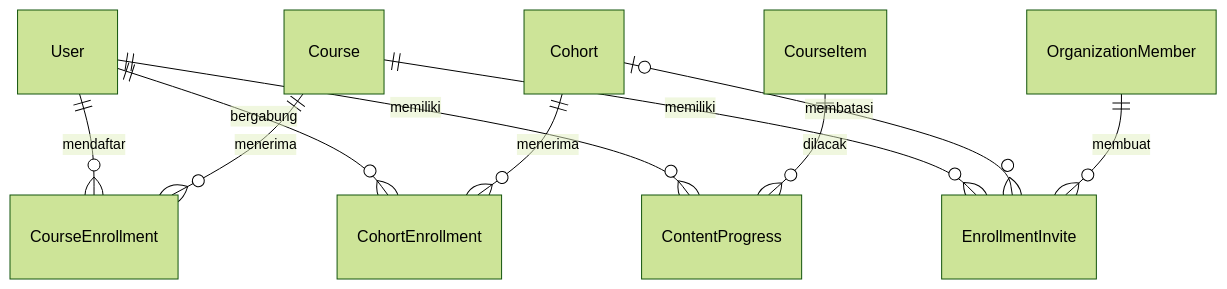
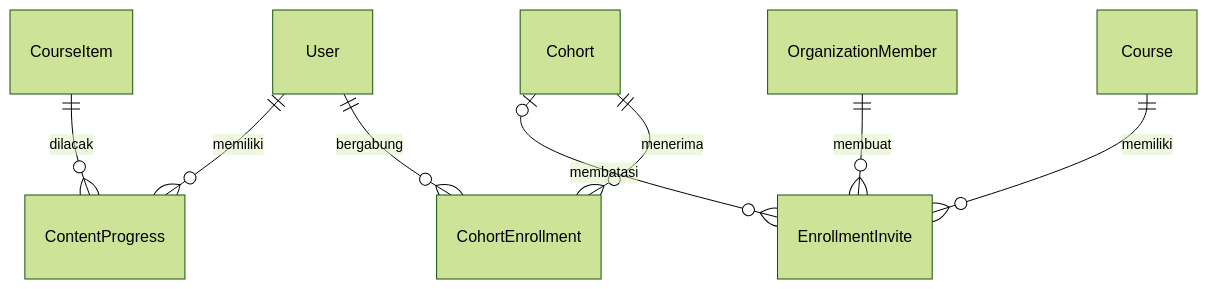
The seventh of 8 diagrams in docs/database.md (PintaAI/hakgyo-v2), drawn with Mermaid (forest theme) before and after one commit. The commit also changed other lines of this file and 50 other files, not shown here.

````diff
--- a/docs/database.md
+++ b/docs/database.md
@@ -362,12 +360,10 @@
 ```mermaid
 erDiagram
-  User ||--o{ CourseEnrollment : mendaftar
-  Course ||--o{ CourseEnrollment : menerima
   User ||--o{ CohortEnrollment : bergabung
   Cohort ||--o{ CohortEnrollment : menerima
   Course ||--o{ EnrollmentInvite : memiliki
   Cohort |o--o{ EnrollmentInvite : membatasi
   OrganizationMember ||--o{ EnrollmentInvite : membuat
   User ||--o{ ContentProgress : memiliki
   CourseItem ||--o{ ContentProgress : dilacak
 ```
````
